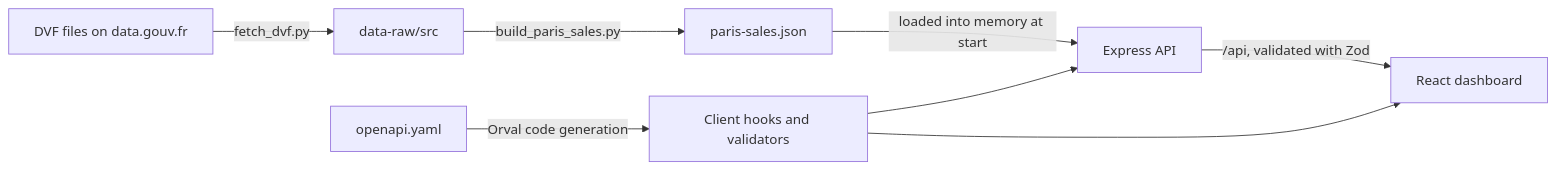
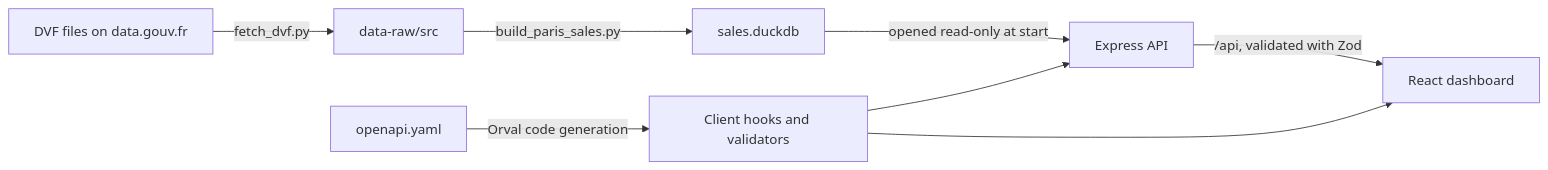
Before and after one commit to palsagar/paris-property-sales: the diagram in README.md, drawn with Mermaid. The commit also changed other lines of this file and 29 other files, not shown here.

First line of the commit message:
Move the Sales data to DuckDB, with the same figures for Paris (#6)

````diff
--- a/README.md
+++ b/README.md
@@ -47,10 +47,10 @@
 ```mermaid
 flowchart LR
   A[DVF files on data.gouv.fr] -->|fetch_dvf.py| B[data-raw/src]
-  B -->|build_paris_sales.py| C[paris-sales.json]
-  C -->|loaded into memory at start| D[Express API]
+  B -->|build_paris_sales.py| C[sales.duckdb]
+  C -->|opened read-only at start| D[Express API]
   D -->|"/api, validated with Zod"| E[React dashboard]
   F[openapi.yaml] -->|Orval code generation| G[Client hooks and validators]
   G --> D
   G --> E
 ```
````
